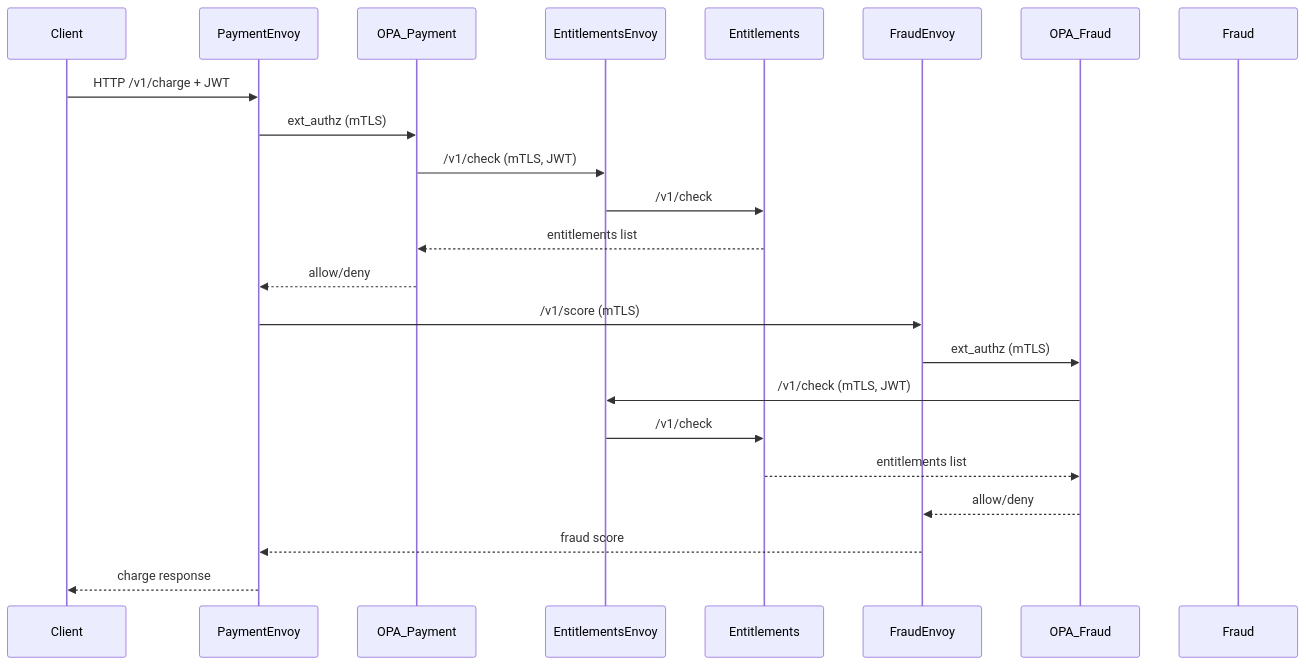
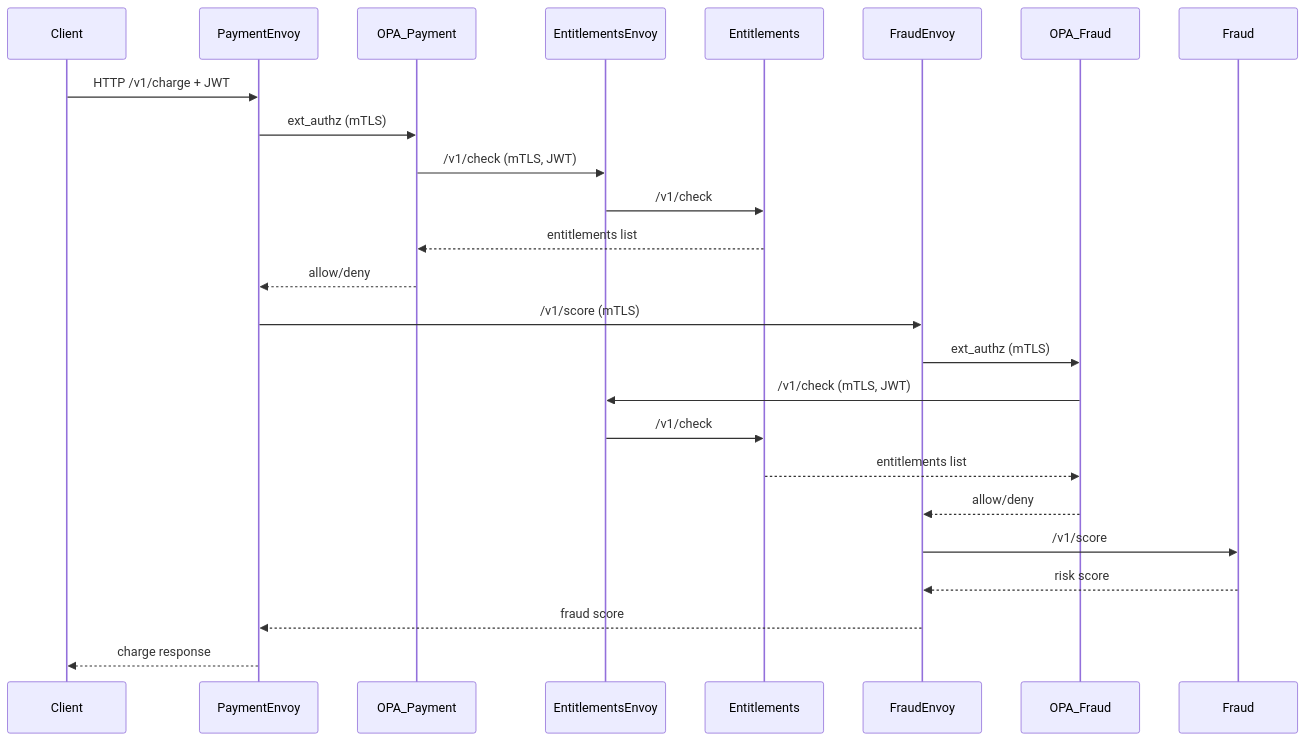
Before and after one commit to jeremymefford/spiffe-authz: the first of 2 diagrams in README.md, drawn with Mermaid.

Commit message:
Fixed diagram

````diff
--- a/README.md
+++ b/README.md
@@ -140,26 +140,28 @@
 ```mermaid
 sequenceDiagram
     participant Client
     participant PaymentEnvoy
     participant OPA_Payment
     participant EntitlementsEnvoy
     participant Entitlements
     participant FraudEnvoy
     participant OPA_Fraud
     participant Fraud
 
     Client->>PaymentEnvoy: HTTP /v1/charge + JWT
     PaymentEnvoy->>OPA_Payment: ext_authz (mTLS)
     OPA_Payment->>EntitlementsEnvoy: /v1/check (mTLS, JWT)
     EntitlementsEnvoy->>Entitlements: /v1/check
     Entitlements-->>OPA_Payment: entitlements list
     OPA_Payment-->>PaymentEnvoy: allow/deny
     PaymentEnvoy->>FraudEnvoy: /v1/score (mTLS)
     FraudEnvoy->>OPA_Fraud: ext_authz (mTLS)
     OPA_Fraud->>EntitlementsEnvoy: /v1/check (mTLS, JWT)
     EntitlementsEnvoy->>Entitlements: /v1/check
     Entitlements-->>OPA_Fraud: entitlements list
     OPA_Fraud-->>FraudEnvoy: allow/deny
+    FraudEnvoy->>Fraud: /v1/score
+    Fraud-->>FraudEnvoy: risk score
     FraudEnvoy-->>PaymentEnvoy: fraud score
     PaymentEnvoy-->>Client: charge response
 ```
````
